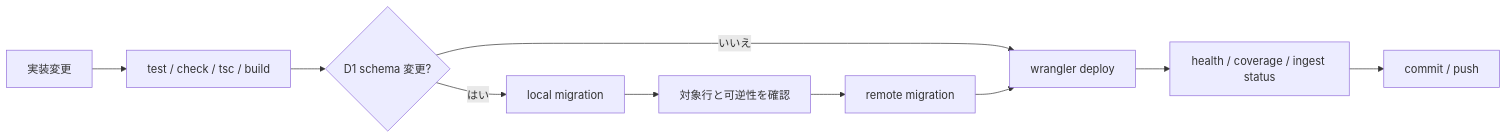
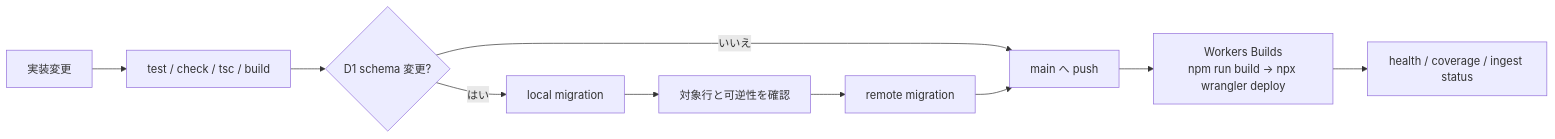
One commit to kekincai/fde changed the eighth of 9 diagrams in README.md. Above: the diagram before and after it, drawn with Mermaid. The commit also changed other lines of this file, not shown here.

Commit message:
docs: deploy through Cloudflare Workers Builds on push to main

````diff
--- a/README.md
+++ b/README.md
@@ -466,12 +466,12 @@
 ```mermaid
 flowchart LR
     Change["実装変更"] --> Test["test / check / tsc / build"]
     Test --> Migration{"D1 schema 変更?"}
     Migration -->|"はい"| LocalDB["local migration"]
     LocalDB --> ReviewSQL["対象行と可逆性を確認"]
     ReviewSQL --> RemoteDB["remote migration"]
-    Migration -->|"いいえ"| Deploy
-    RemoteDB --> Deploy["wrangler deploy"]
-    Deploy --> Smoke["health / coverage / ingest status"]
-    Smoke --> Git["commit / push"]
+    Migration -->|"いいえ"| Push
+    RemoteDB --> Push["main へ push"]
+    Push --> Build["Workers Builds<br/>npm run build → npx wrangler deploy"]
+    Build --> Smoke["health / coverage / ingest status"]
 ```
````
